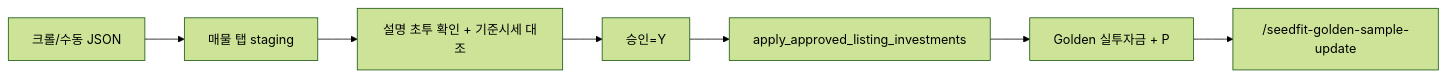
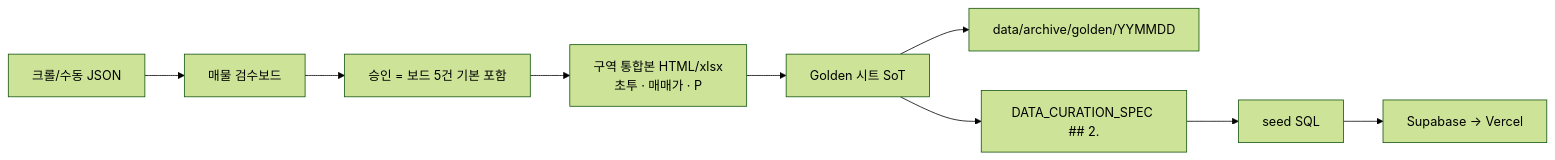
One commit to luca-prop/SeedFit_App changed the first of 2 diagrams in docs/DATA_CURATION_SPEC.v.2.md. Above: the diagram before and after it, drawn with Mermaid (forest theme). The commit also changed other lines of this file and 14 other files, not shown here.

First line of the commit message:
feat: ship zone rollup as browser HTML/xlsx and write 매매가 to Golden

````diff
--- a/docs/DATA_CURATION_SPEC.v.2.md
+++ b/docs/DATA_CURATION_SPEC.v.2.md
@@ -493,9 +493,11 @@
 ```mermaid
 flowchart LR
-  Crawl[크롤/수동 JSON] --> Staging[매물 탭 staging]
-  Staging --> Human[설명 초투 확인 + 기준시세 대조]
-  Human --> Approve[승인=Y]
-  Approve --> Apply[apply_approved_listing_investments]
-  Apply --> Golden[Golden 실투자금 + P]
-  Golden --> Spec["/seedfit-golden-sample-update"]
+  Crawl[크롤/수동 JSON] --> Board[매물 검수보드]
+  Board --> Approve[승인 = 보드 5건 기본 포함]
+  Approve --> Rollup["구역 통합본 HTML/xlsx<br/>초투 · 매매가 · P"]
+  Rollup --> Golden[Golden 시트 SoT]
+  Golden --> Archive[data/archive/golden/YYMMDD]
+  Golden --> Spec["DATA_CURATION_SPEC ## 2."]
+  Spec --> Seed[seed SQL]
+  Seed --> App[Supabase → Vercel]
 ```
````
